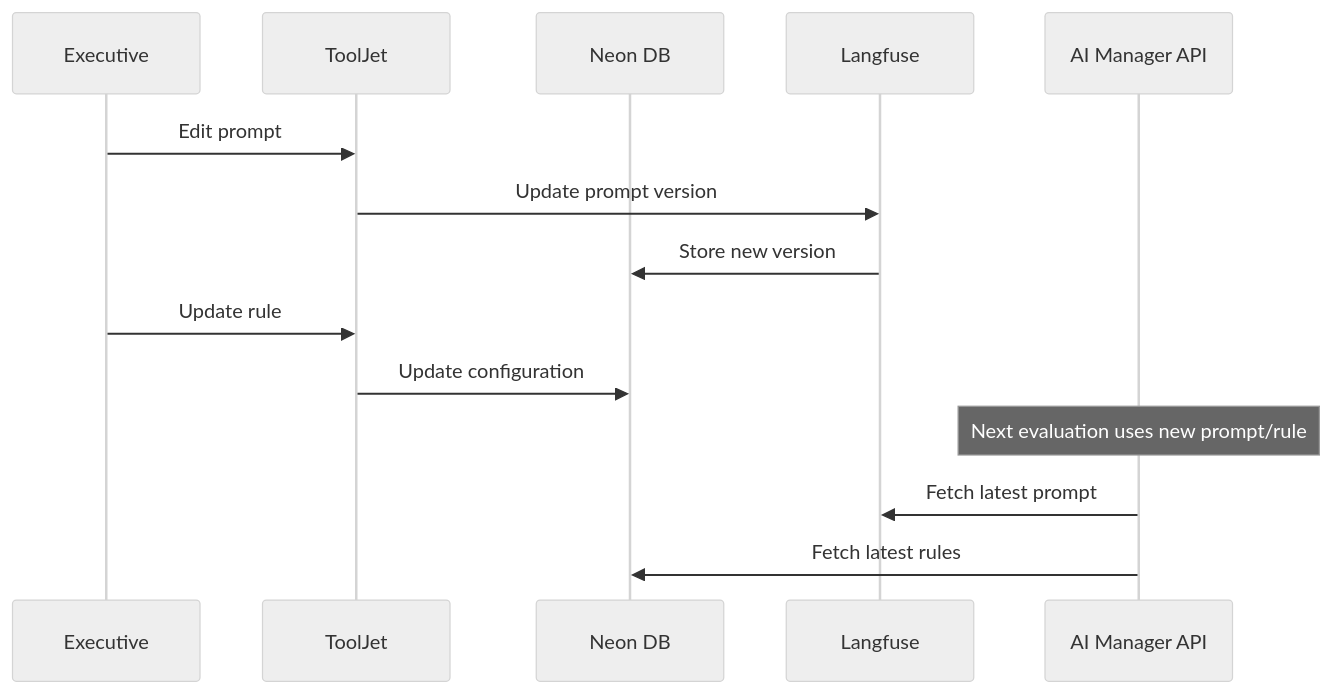
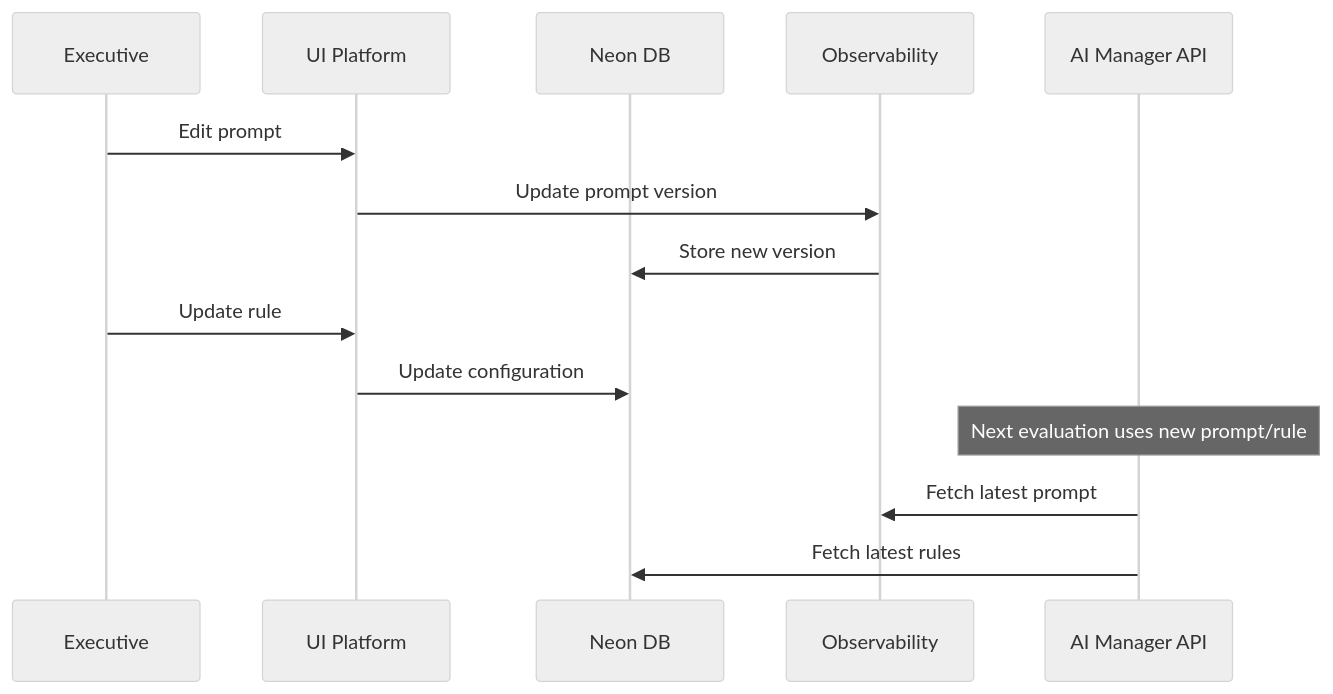
Before and after one commit to atambopatrick/AI-manager-architecture: the fourth of 4 diagrams in level-2-overview.md, drawn with Mermaid (neutral theme). The commit also changed other lines of this file, not shown here.

````diff
--- a/level-2-overview.md
+++ b/level-2-overview.md
@@ -469,19 +571,19 @@
 ```mermaid
 sequenceDiagram
     participant EXEC as Executive
-    participant UI as ToolJet
+    participant UI as UI Platform
     participant DB as Neon DB
-    participant LF as Langfuse
+    participant OBS as Observability
     participant API as AI Manager API
     
     EXEC->>UI: Edit prompt
-    UI->>LF: Update prompt version
-    LF->>DB: Store new version
+    UI->>OBS: Update prompt version
+    OBS->>DB: Store new version
     
     EXEC->>UI: Update rule
     UI->>DB: Update configuration
     
     Note over API: Next evaluation uses new prompt/rule
-    API->>LF: Fetch latest prompt
+    API->>OBS: Fetch latest prompt
     API->>DB: Fetch latest rules
 ```
````
